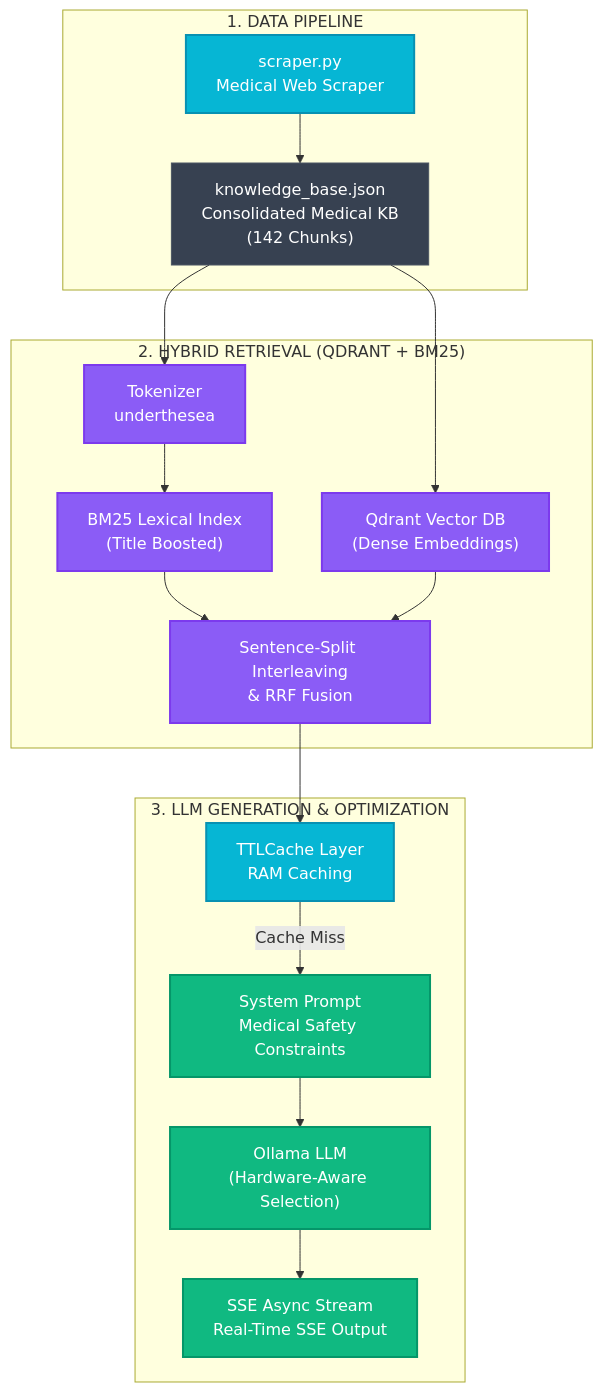
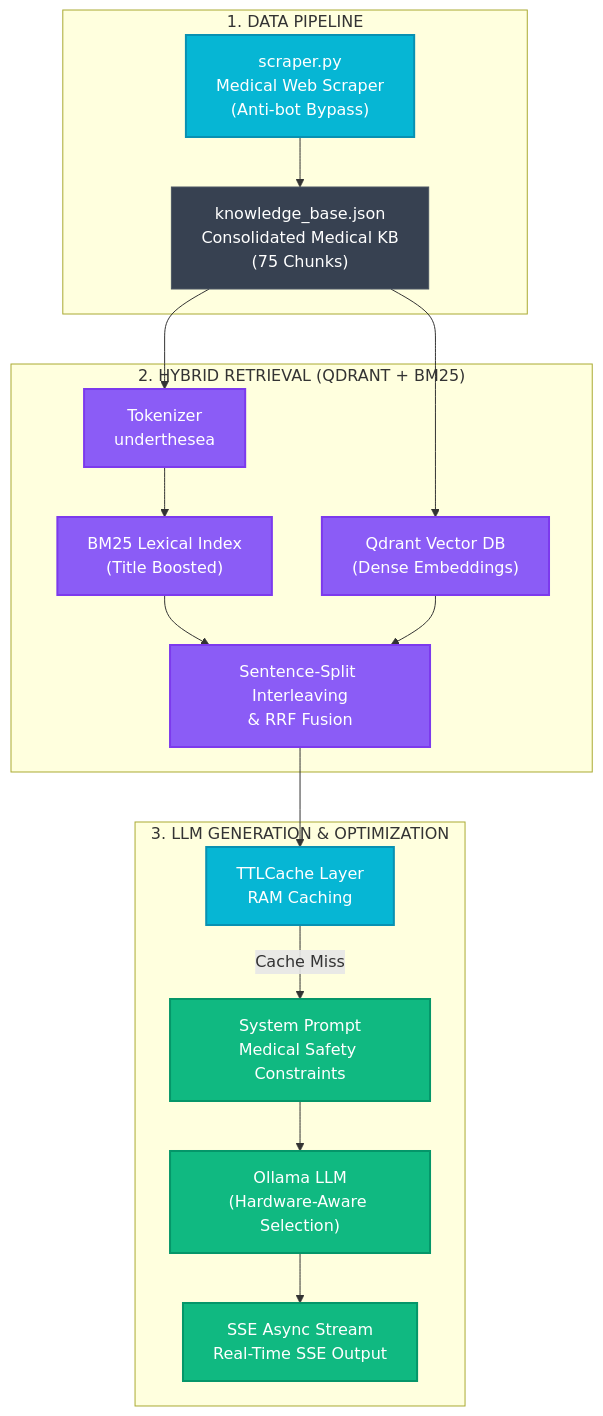
Before and after one commit to danggvuu/AI_chatbot-lung-cancer-: the diagram in README.md, drawn with Mermaid. The commit also changed other lines of this file and 47 other files, not shown here.

Commit message:
Update: Nâng cấp Anti-bot Scraper, cập nhật cấu hình URLs và viết lại README

````diff
--- a/README.md
+++ b/README.md
@@ -32,37 +32,37 @@
 ```mermaid
 flowchart TD
     classDef cyan fill:#06b6d4,stroke:#0891b2,stroke-width:2px,color:#fff;
     classDef purple fill:#8b5cf6,stroke:#7c3aed,stroke-width:2px,color:#fff;
     classDef green fill:#10b981,stroke:#059669,stroke-width:2px,color:#fff;
     classDef gray fill:#374151,stroke:#4b5563,stroke-width:1px,color:#fff;
 
     subgraph DataPrep ["1. DATA PIPELINE"]
-        A["scraper.py<br/>Medical Web Scraper"]:::cyan
-        C["knowledge_base.json<br/>Consolidated Medical KB<br/>(142 Chunks)"]:::gray
+        A["scraper.py<br/>Medical Web Scraper<br/>(Anti-bot Bypass)"]:::cyan
+        C["knowledge_base.json<br/>Consolidated Medical KB<br/>(75 Chunks)"]:::gray
     end
 
     subgraph Retrieval ["2. HYBRID RETRIEVAL (QDRANT + BM25)"]
         D["Tokenizer<br/>underthesea"]:::purple
         E1["BM25 Lexical Index<br/>(Title Boosted)"]:::purple
         E2["Qdrant Vector DB<br/>(Dense Embeddings)"]:::purple
         F["Sentence-Split Interleaving<br/>& RRF Fusion"]:::purple
     end
 
     subgraph GenOps ["3. LLM GENERATION & OPTIMIZATION"]
         Cache["TTLCache Layer<br/>RAM Caching"]:::cyan
         G["System Prompt<br/>Medical Safety Constraints"]:::green
         H["Ollama LLM<br/>(Hardware-Aware Selection)"]:::green
         I["SSE Async Stream<br/>Real-Time SSE Output"]:::green
     end
 
     A --> C
     C --> D
     D --> E1
     C --> E2
     E1 --> F
     E2 --> F
     F --> Cache
     Cache -->|Cache Miss| G
     G --> H
     H --> I
 ```
````
